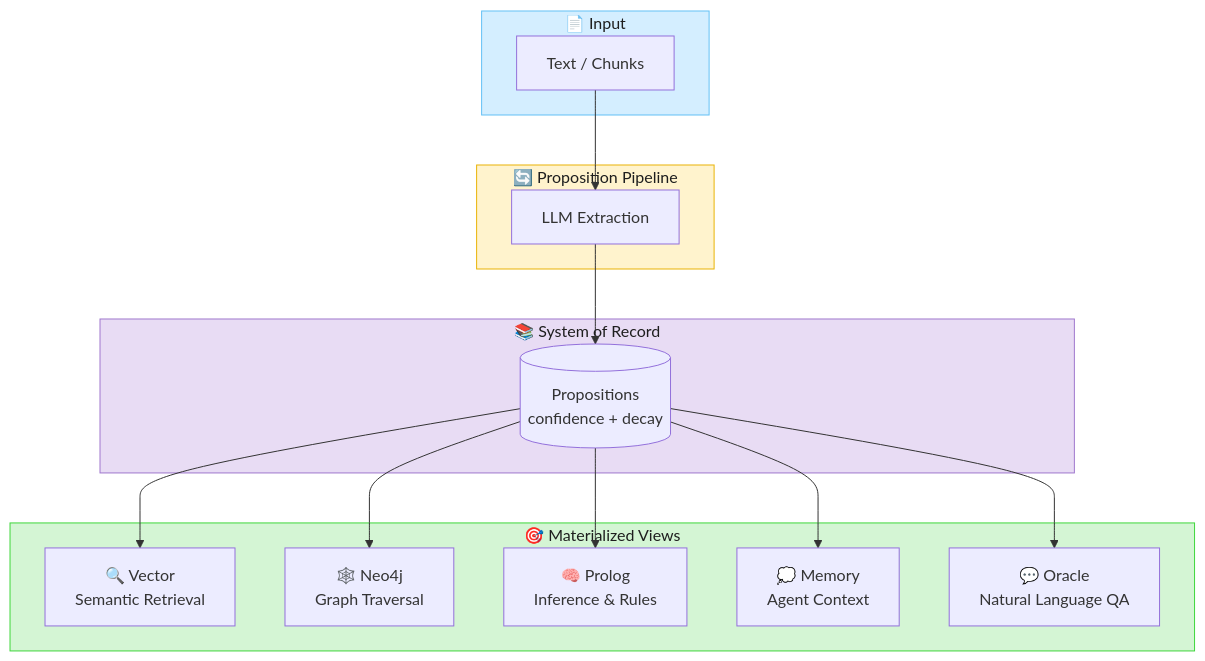
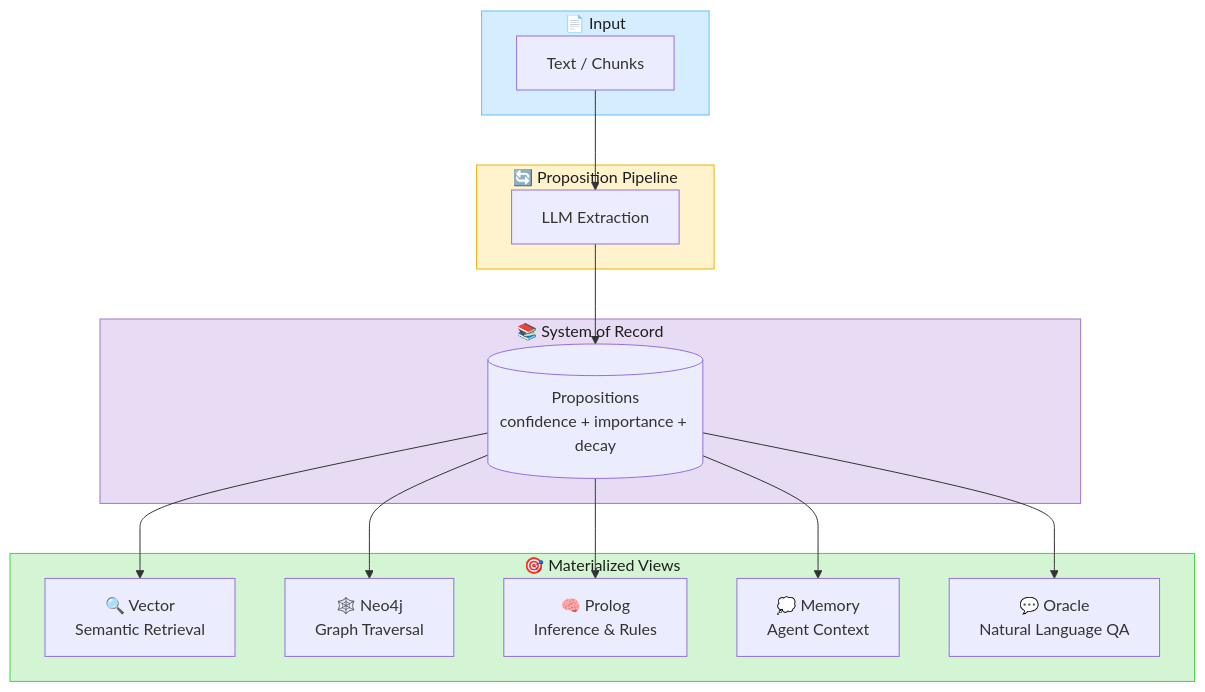
The first of 14 diagrams in README.md (embabel/dice), drawn with Mermaid before and after one commit. The commit also changed other lines of this file, not shown here.

````diff
--- a/README.md
+++ b/README.md
@@ -58,35 +58,35 @@
 ```mermaid
 flowchart TB
     subgraph Input["📄 Input"]
         TEXT["Text / Chunks"]
     end
 
     subgraph Pipeline["🔄 Proposition Pipeline"]
         EXTRACT["LLM Extraction"]
     end
 
     subgraph SOR["📚 System of Record"]
-        PROPS[("Propositions<br/>confidence + decay")]
+        PROPS[("Propositions<br/>confidence + importance + decay")]
     end
 
     subgraph Projections["🎯 Materialized Views"]
         VEC["🔍 Vector<br/>Semantic Retrieval"]
         NEO["🕸️ Neo4j<br/>Graph Traversal"]
         PRO["🧠 Prolog<br/>Inference & Rules"]
         MEM["💭 Memory<br/>Agent Context"]
         ORA["💬 Oracle<br/>Natural Language QA"]
     end
 
     TEXT --> EXTRACT
     EXTRACT --> PROPS
     PROPS --> VEC
     PROPS --> NEO
     PROPS --> PRO
     PROPS --> MEM
     PROPS --> ORA
 
     style Input fill:#d4eeff,stroke:#63c0f5,color:#1e1e1e
     style Pipeline fill:#fff3cd,stroke:#e9b306,color:#1e1e1e
     style SOR fill:#e8dcf4,stroke:#9f77cd,color:#1e1e1e
     style Projections fill:#d4f5d4,stroke:#3fd73c,color:#1e1e1e
 ```
````
